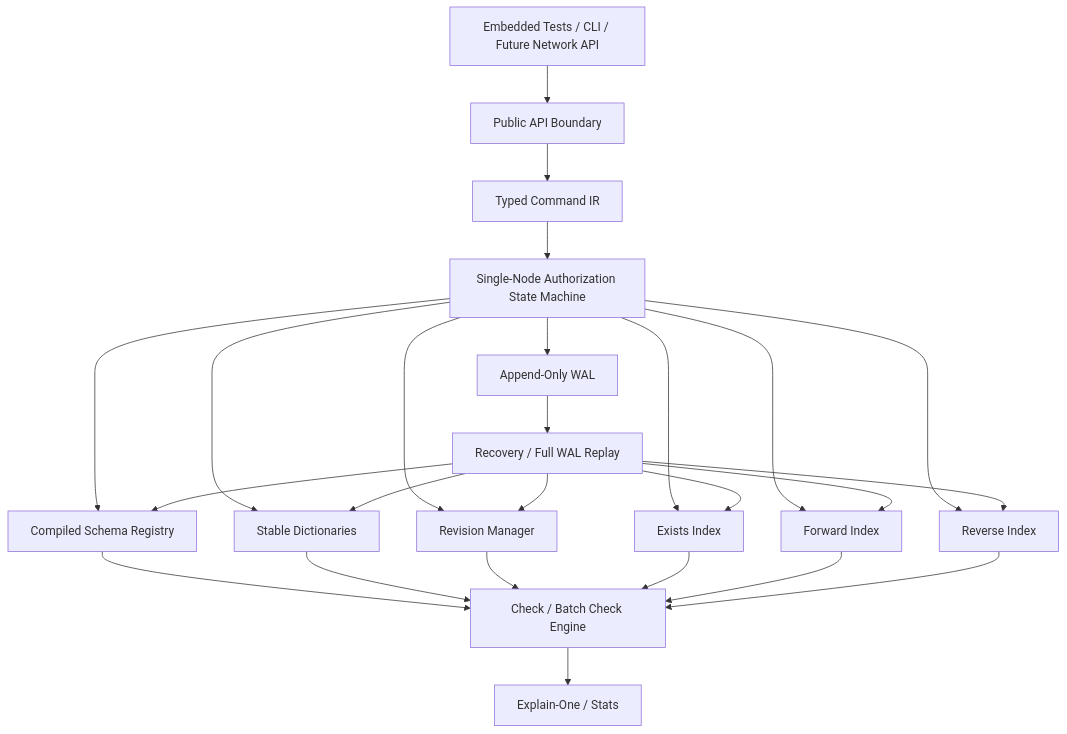
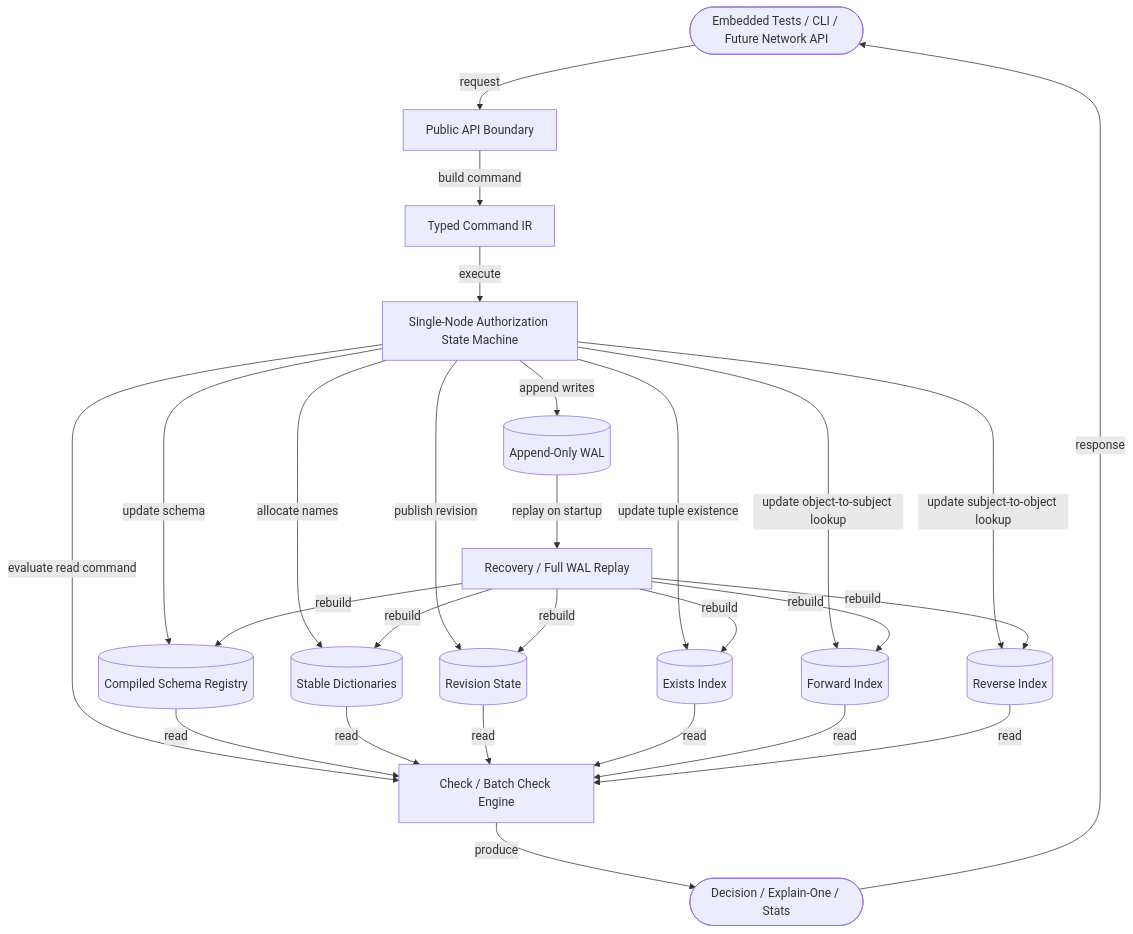
The diagram in docs/plans/MVP1.md (maneki-technology/veriqik), drawn with Mermaid before and after one commit. The commit also changed other lines of this file and 2 other files, not shown here.

Commit message:
docs: standardize architecture diagram notation

````diff
--- a/docs/plans/MVP1.md
+++ b/docs/plans/MVP1.md
@@ -105,31 +112,33 @@
 ```mermaid
 flowchart TD
-    Client[Embedded Tests / CLI / Future Network API] --> API[Public API Boundary]
-    API --> Command[Typed Command IR]
-    Command --> Engine[Single-Node Authorization State Machine]
+    Client([Embedded Tests / CLI / Future Network API]) -->|request| API[Public API Boundary]
+    API -->|build command| Command[Typed Command IR]
+    Command -->|execute| Engine[Single-Node Authorization State Machine]
 
-    Engine --> WAL[Append-Only WAL]
-    Engine --> Revision[Revision Manager]
-    Engine --> Schema[Compiled Schema Registry]
-    Engine --> Dictionary[Stable Dictionaries]
-    Engine --> Exists[Exists Index]
-    Engine --> Forward[Forward Index]
-    Engine --> Reverse[Reverse Index]
+    Engine -->|append writes| WAL[(Append-Only WAL)]
+    Engine -->|publish revision| Revision[(Revision State)]
+    Engine -->|update schema| Schema[(Compiled Schema Registry)]
+    Engine -->|allocate names| Dictionary[(Stable Dictionaries)]
+    Engine -->|update tuple existence| Exists[(Exists Index)]
+    Engine -->|update object-to-subject lookup| Forward[(Forward Index)]
+    Engine -->|update subject-to-object lookup| Reverse[(Reverse Index)]
+    Engine -->|evaluate read command| Check[Check / Batch Check Engine]
 
-    WAL --> Recovery[Recovery / Full WAL Replay]
-    Recovery --> Revision
-    Recovery --> Schema
-    Recovery --> Dictionary
-    Recovery --> Exists
-    Recovery --> Forward
-    Recovery --> Reverse
+    WAL -->|replay on startup| Recovery[Recovery / Full WAL Replay]
+    Recovery -->|rebuild| Revision
+    Recovery -->|rebuild| Schema
+    Recovery -->|rebuild| Dictionary
+    Recovery -->|rebuild| Exists
+    Recovery -->|rebuild| Forward
+    Recovery -->|rebuild| Reverse
 
-    Schema --> Check[Check / Batch Check Engine]
-    Dictionary --> Check
-    Revision --> Check
-    Exists --> Check
-    Forward --> Check
-    Reverse --> Check
+    Schema -->|read| Check
+    Dictionary -->|read| Check
+    Revision -->|read| Check
+    Exists -->|read| Check
+    Forward -->|read| Check
+    Reverse -->|read| Check
 
-    Check --> Explain[Explain-One / Stats]
+    Check -->|produce| Explain([Decision / Explain-One / Stats])
+    Explain -->|response| Client
 ```
````
